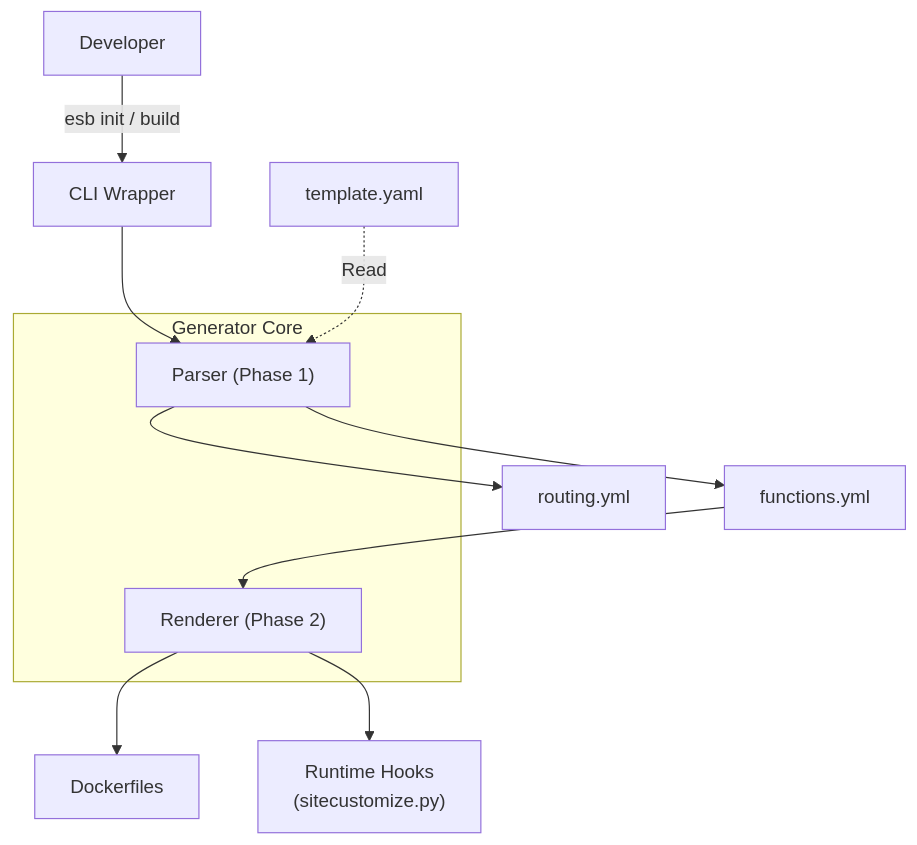
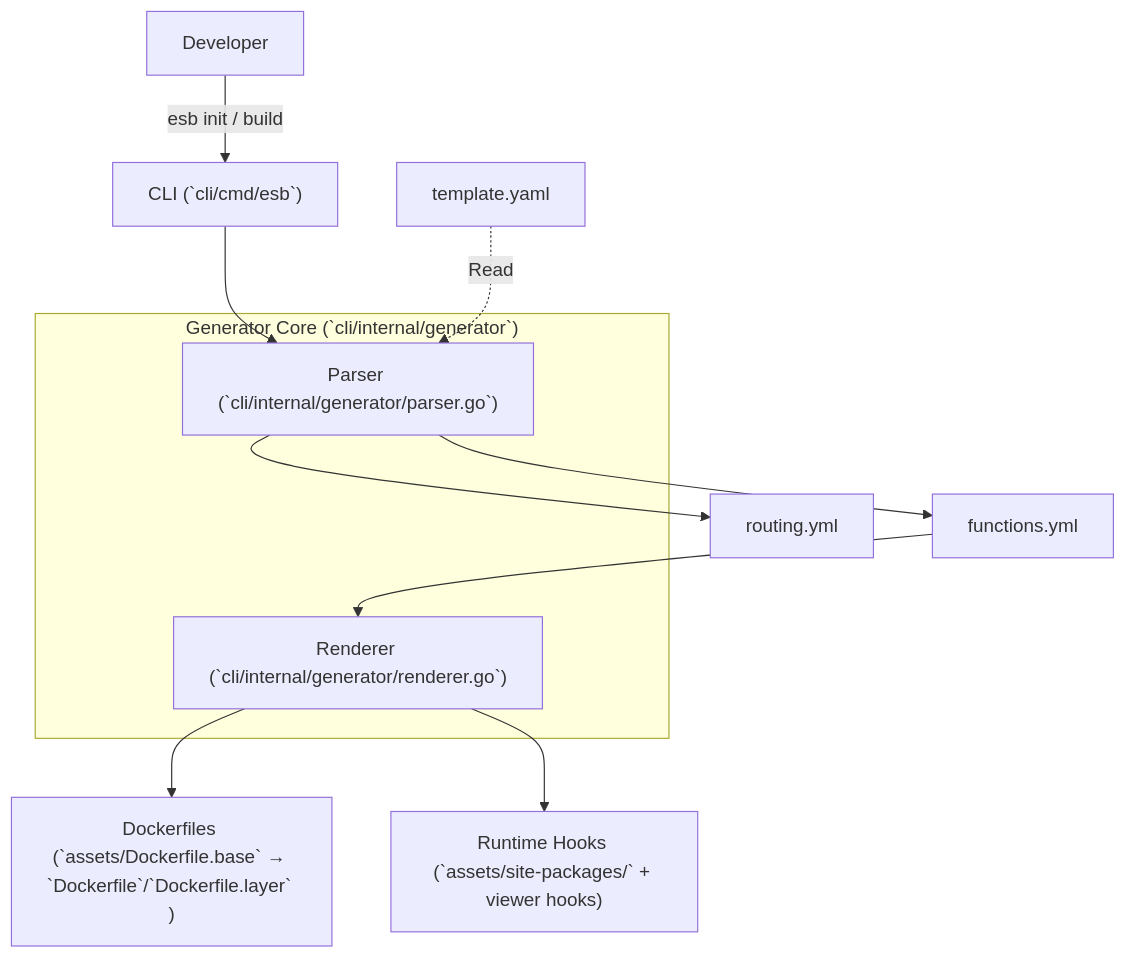
Before and after one commit to poruru-code/esb: the diagram in docs/generator-architecture.md, drawn with Mermaid. The commit also changed other lines of this file and 88 other files, not shown here.

````diff
--- a/docs/generator-architecture.md
+++ b/docs/generator-architecture.md
@@ -11,21 +10,21 @@
 ```mermaid
 flowchart TD
-    User["Developer"] -->|"esb init / build"| CLI["CLI Wrapper"]
+    User["Developer"] -->|"esb init / build"| CLI["CLI (`cli/cmd/esb`)"]
     
-    CLI --> Parser["Parser (Phase 1)"]
+    CLI --> Parser["Parser (`cli/internal/generator/parser.go`)"]
     
-    subgraph GeneratorCore ["Generator Core"]
+    subgraph GeneratorCore ["Generator Core (`cli/internal/generator`)"]
         Parser
-        Renderer["Renderer (Phase 2)"]
+        Renderer["Renderer (`cli/internal/generator/renderer.go`)"]
     end
     
     SAM["template.yaml"] -.->|Read| Parser
     
     Parser --> Routing["routing.yml"]
     Parser --> Functions["functions.yml"]
     
     Functions --> Renderer
     
-    Renderer --> Dockerfiles["Dockerfiles"]
-    Renderer --> RuntimeHooks["Runtime Hooks<br>(sitecustomize.py)"]
+    Renderer --> Dockerfiles["Dockerfiles (`assets/Dockerfile.base` → `Dockerfile`/`Dockerfile.layer` )"]
+    Renderer --> RuntimeHooks["Runtime Hooks (`assets/site-packages/` + viewer hooks)"]
 ```
````
